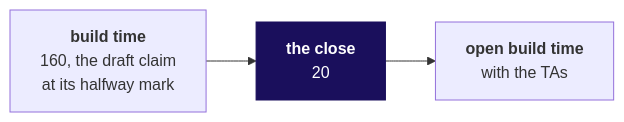
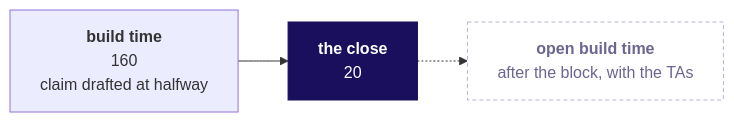
Before and after one commit to fde-academy-lab/c2-content-factory: the second of 2 diagrams in content/W03/D3/trainer/C2_W03_D03_day_sheet_TRAINER.md, drawn with Mermaid. The commit also changed other lines of this file and 1 other file, not shown here.

````diff
--- a/content/W03/D3/trainer/C2_W03_D03_day_sheet_TRAINER.md
+++ b/content/W03/D3/trainer/C2_W03_D03_day_sheet_TRAINER.md
@@ -150,6 +149,8 @@
 ```mermaid
 flowchart LR
-    B["<b>build time</b><br/>160, the draft claim<br/>at its halfway mark"] --> Z["<b>the close</b><br/>20"] --> T["<b>open build time</b><br/>with the TAs"]
+    B["<b>build time</b><br/>160<br/>claim drafted at halfway"] --> Z["<b>the close</b><br/>20"] -.-> T["<b>open build time</b><br/>after the block, with the TAs"]
     classDef core fill:#1A0F5C,stroke:#1A0F5C,color:#FFFFFF
+    classDef unknown fill:#FFFFFF,stroke:#B8B2D6,color:#6B6690,stroke-dasharray:4 3
     class Z core
+    class T unknown
 ```
````
